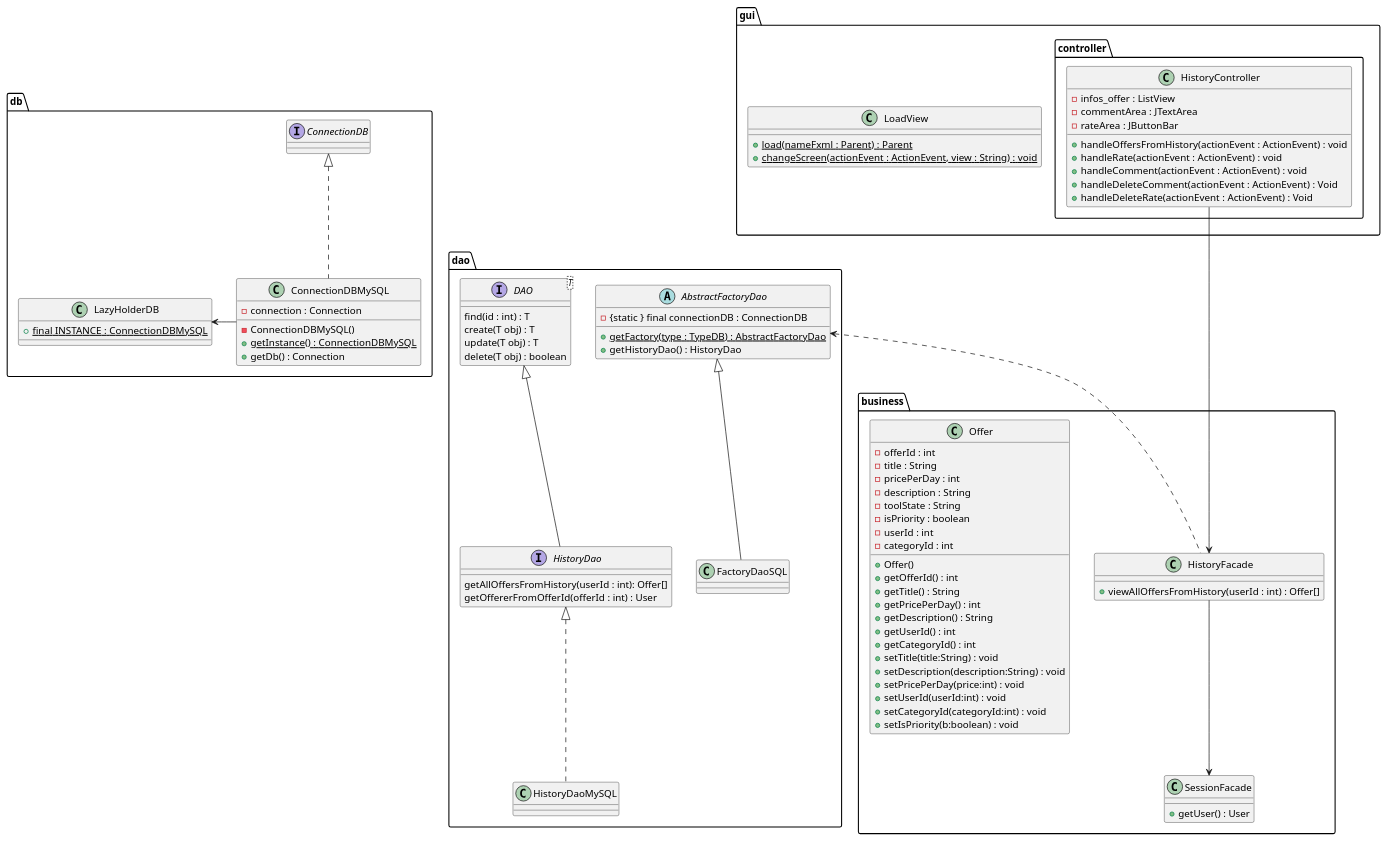
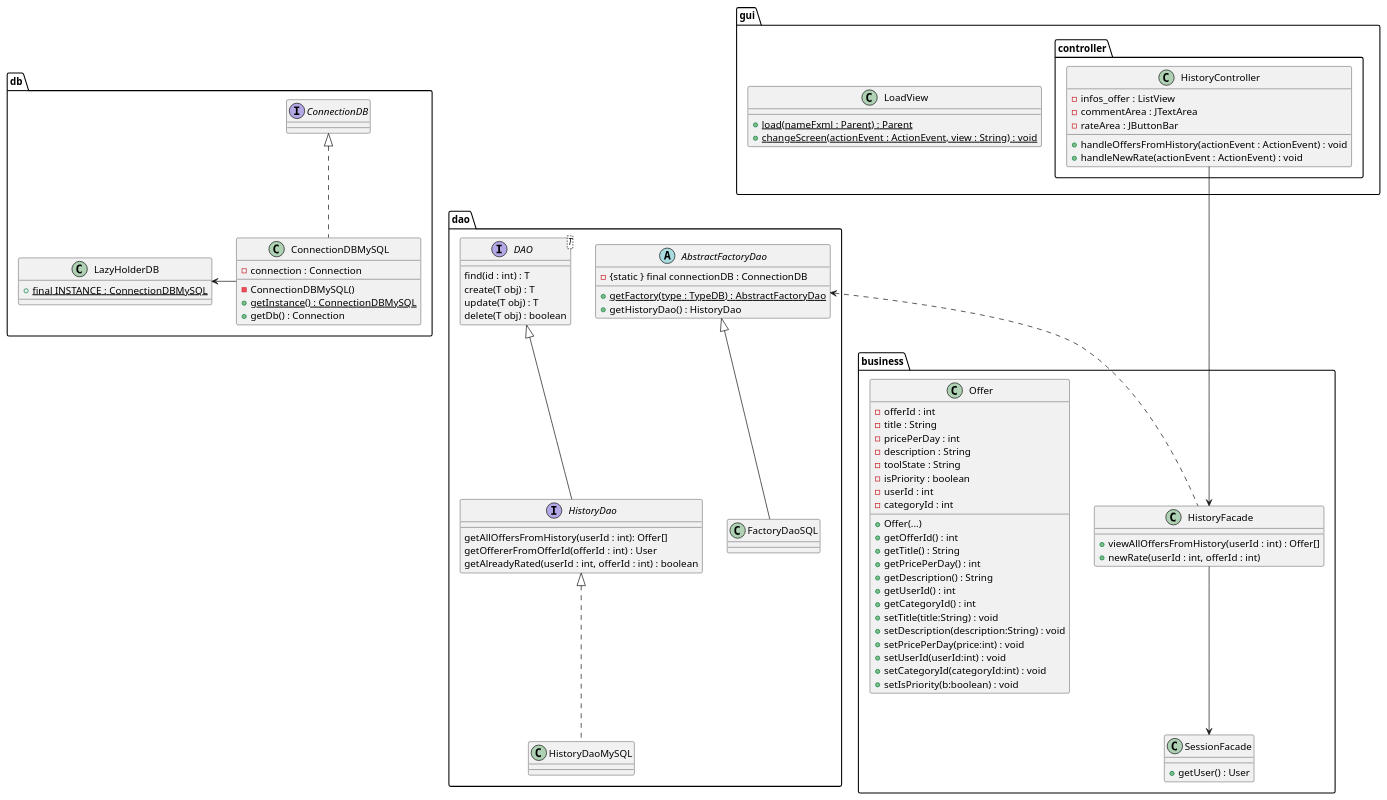
Before and after one commit to LaunoisRemy/ToolShare: the diagram in documents/diagram/history/historyClass.puml, drawn with PlantUML.

Commit message:
UPDATE : history class diagram to remove comment

```diff
--- a/documents/diagram/history/historyClass.puml
+++ b/documents/diagram/history/historyClass.puml
@@ -1,111 +1,110 @@
 @startuml
 
 package dao {
 
 
     interface HistoryDao{
         getAllOffersFromHistory(userId : int): Offer[]
         getOffererFromOfferId(offerId : int) : User
+        getAlreadyRated(userId : int, offerId : int) : boolean
     }
     class HistoryDaoMySQL
     AbstractFactoryDao <|-- FactoryDaoSQL
     HistoryDao <|.. HistoryDaoMySQL
 
     interface DAO<T>{
         find(id : int) : T
         create(T obj) : T
         update(T obj) : T
         delete(T obj) : boolean
     }
 
     abstract AbstractFactoryDao{
         - {static } final connectionDB : ConnectionDB
         + {static} getFactory(type : TypeDB) : AbstractFactoryDao
         + getHistoryDao() : HistoryDao
     }
 
     class FactoryDaoSQL{
     }
 
 
     DAO <|-- HistoryDao
 }
 package db{
     class ConnectionDBMySQL{
         - connection : Connection
         - ConnectionDBMySQL()
         + {static} getInstance() : ConnectionDBMySQL
         + getDb() : Connection
     }
 
     class LazyHolderDB{
         + {static} final INSTANCE : ConnectionDBMySQL
     }
     interface ConnectionDB
     ConnectionDBMySQL -Left-> LazyHolderDB
     ConnectionDBMySQL .up.|> ConnectionDB
 
 }
 package business{
     class SessionFacade{
             + getUser() : User
         }
 
     class HistoryFacade{
         + viewAllOffersFromHistory(userId : int) : Offer[]
+        + newRate(userId : int, offerId : int)
     }
 
     class Offer{
         -offerId : int
         -title : String
         -pricePerDay : int
         -description : String
         -toolState : String
         -isPriority : boolean
         -userId : int
         -categoryId : int
-        + Offer()
+        + Offer(...)
         + getOfferId() : int
         + getTitle() : String
         + getPricePerDay() : int
         + getDescription() : String
         + getUserId() : int
         + getCategoryId() : int
         + setTitle(title:String) : void
         + setDescription(description:String) : void
         + setPricePerDay(price:int) : void
         + setUserId(userId:int) : void
         + setCategoryId(categoryId:int) : void
         + setIsPriority(b:boolean) : void
     }
     HistoryFacade --> SessionFacade
 
 }
 
 package gui{
 
     class LoadView{
         + {static} load(nameFxml : Parent) : Parent
         + {static} changeScreen(actionEvent : ActionEvent, view : String) : void
     }
 
     package controller{
         class HistoryController{
             - infos_offer : ListView
             - commentArea : JTextArea
             - rateArea : JButtonBar
             + handleOffersFromHistory(actionEvent : ActionEvent) : void
-            + handleRate(actionEvent : ActionEvent) : void
-            + handleComment(actionEvent : ActionEvent) : void
-            + handleDeleteComment(actionEvent : ActionEvent) : Void
-            + handleDeleteRate(actionEvent : ActionEvent) : Void
+            + handleNewRate(actionEvent : ActionEvent) : void
 
         }
     }
 }
 HistoryFacade <--Up- HistoryController
 HistoryFacade .Up.> AbstractFactoryDao
 
 
 
 @enduml
```
